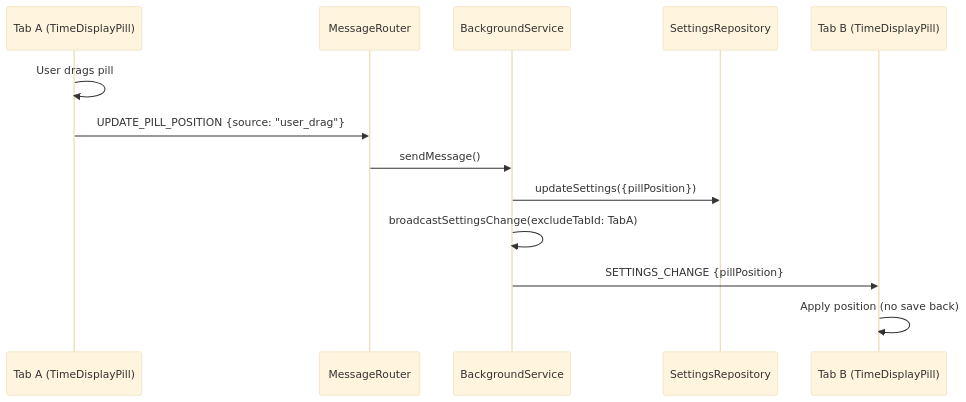
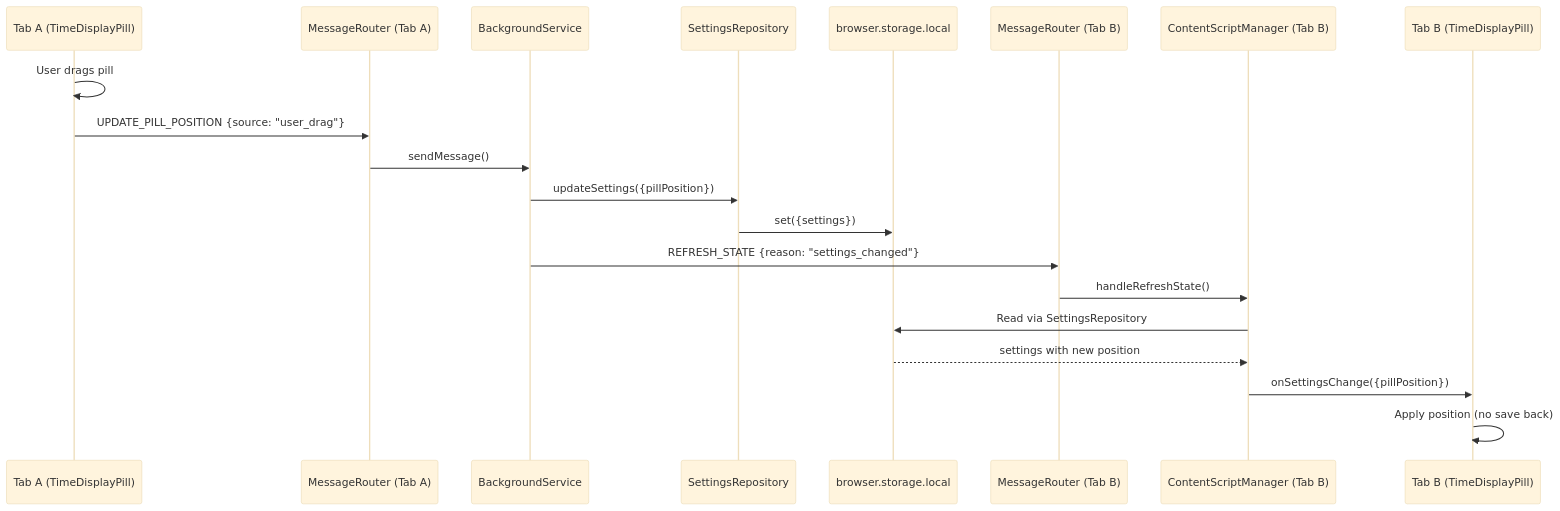
The tenth of 11 diagrams in docs/architecture-dataflow.md (JayDosunmu/web-time-tracker), drawn with Mermaid (base theme) before and after one commit. The commit also changed other lines of this file and 4 other files, not shown here.

Commit message:
Update architecture documentation

````diff
--- a/docs/architecture-dataflow.md
+++ b/docs/architecture-dataflow.md
@@ -433,16 +455,23 @@
 ```mermaid
 sequenceDiagram
     participant TabA as Tab A (TimeDisplayPill)
-    participant MR as MessageRouter
+    participant MR_A as MessageRouter (Tab A)
     participant BS as BackgroundService
     participant SR as SettingsRepository
+    participant Storage as browser.storage.local
+    participant MR_B as MessageRouter (Tab B)
+    participant CS_B as ContentScriptManager (Tab B)
     participant TabB as Tab B (TimeDisplayPill)
 
     TabA->>TabA: User drags pill
-    TabA->>MR: UPDATE_PILL_POSITION {source: "user_drag"}
-    MR->>BS: sendMessage()
+    TabA->>MR_A: UPDATE_PILL_POSITION {source: "user_drag"}
+    MR_A->>BS: sendMessage()
     BS->>SR: updateSettings({pillPosition})
-    BS->>BS: broadcastSettingsChange(excludeTabId: TabA)
-    BS->>TabB: SETTINGS_CHANGE {pillPosition}
+    SR->>Storage: set({settings})
+    BS->>MR_B: REFRESH_STATE {reason: "settings_changed"}
+    MR_B->>CS_B: handleRefreshState()
+    CS_B->>Storage: Read via SettingsRepository
+    Storage-->>CS_B: settings with new position
+    CS_B->>TabB: onSettingsChange({pillPosition})
     TabB->>TabB: Apply position (no save back)
 ```
````
